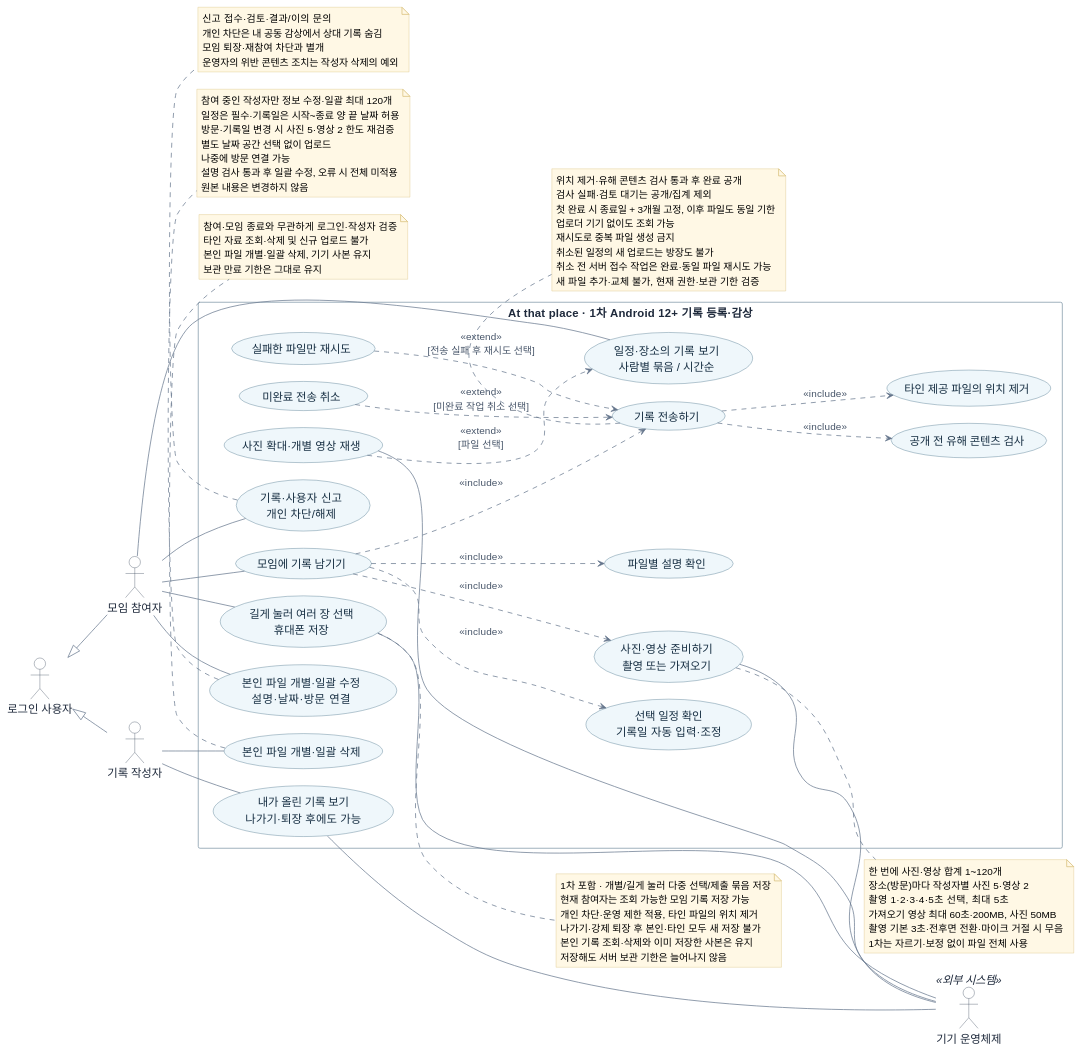
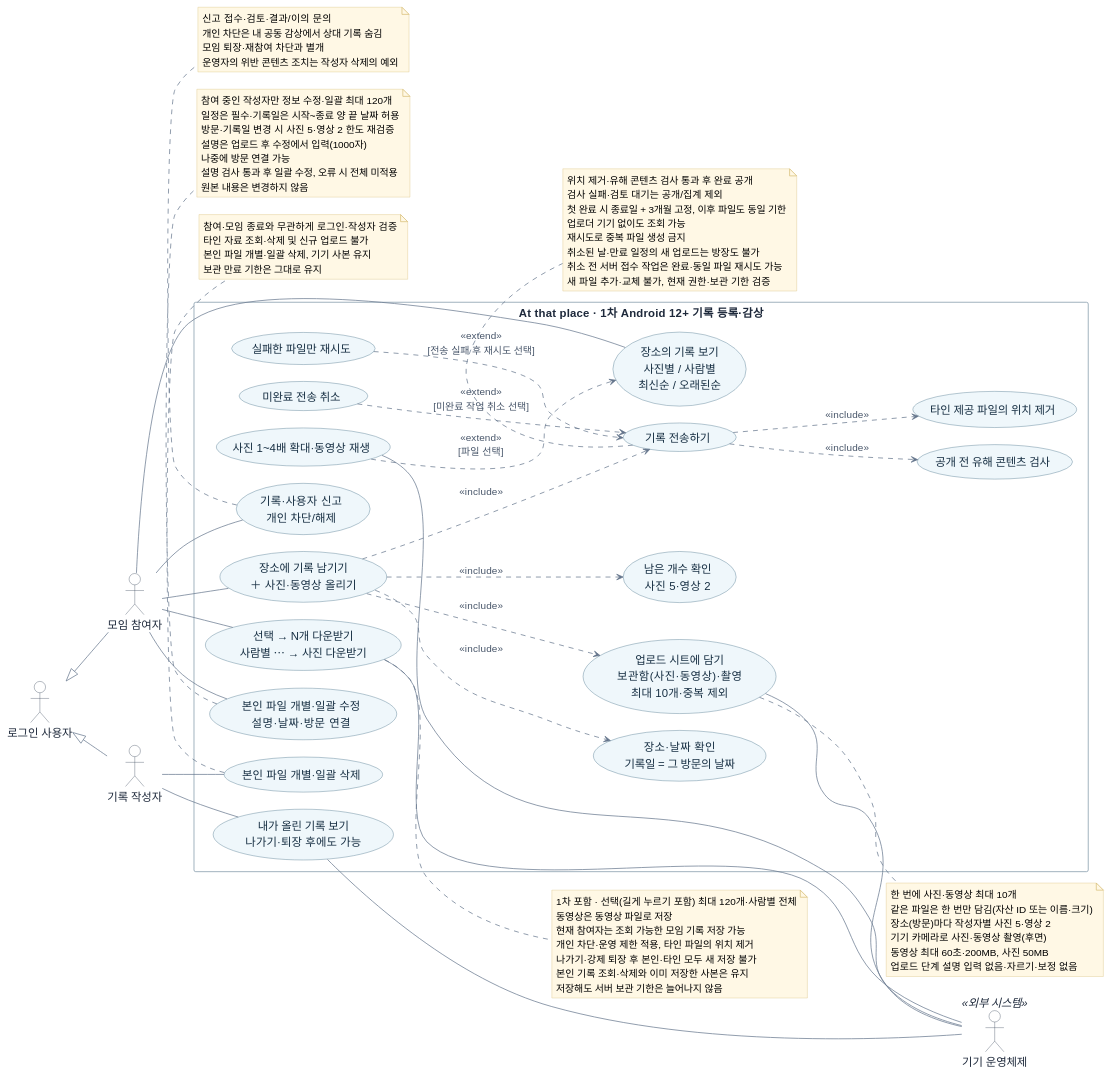
The diagram in 기능 명세서/다이어그램/recording.puml (eunssong2/reelspot), drawn with PlantUML before and after one commit. The commit also changed 138 other files, not shown here.

```diff
--- a/기능 명세서/다이어그램/recording.puml
+++ b/기능 명세서/다이어그램/recording.puml
@@ -1,126 +1,127 @@
 @startuml
 left to right direction
 skinparam backgroundColor white
 skinparam shadowing false
 skinparam defaultFontName "Noto Sans CJK KR"
 skinparam defaultFontSize 16
 skinparam ArrowColor #64748B
 skinparam ArrowFontColor #475569
 skinparam ArrowFontSize 14
 skinparam nodesep 24
 skinparam ranksep 48
 skinparam actor {
   BorderColor #334155
   FontColor #1E293B
   BackgroundColor white
 }
 skinparam usecase {
   BorderColor #35637C
   BackgroundColor #EFF7FB
   FontColor #172F43
 }
 skinparam rectangle {
   BorderColor #7A92A3
   BackgroundColor white
   FontColor #1E293B
 }
 skinparam note {
   BackgroundColor #FFF8E5
   BorderColor #D6BD75
   FontSize 14
 }
 
 actor "로그인 사용자" as User
 actor "모임 참여자" as Member
 actor "기록 작성자" as Author
 actor "기기 운영체제" as OS <<외부 시스템>>
 Member -up-|> User
 Author -up-|> User
 
 rectangle "At that place · 1차 Android 12+ 기록 등록·감상" {
-  usecase "모임에 기록 남기기" as Record
-  usecase "선택 일정 확인\n기록일 자동 입력·조정" as Target
-  usecase "사진·영상 준비하기\n촬영 또는 가져오기" as Prepare
-  usecase "파일별 설명 확인" as Describe
+  usecase "장소에 기록 남기기\n＋ 사진·동영상 올리기" as Record
+  usecase "장소·날짜 확인\n기록일 = 그 방문의 날짜" as Target
+  usecase "업로드 시트에 담기\n보관함(사진·동영상)·촬영\n최대 10개·중복 제외" as Prepare
+  usecase "남은 개수 확인\n사진 5·영상 2" as Describe
   usecase "기록 전송하기" as Send
   usecase "타인 제공 파일의 위치 제거" as Privacy
   usecase "공개 전 유해 콘텐츠 검사" as Filter
   usecase "기록·사용자 신고\n개인 차단/해제" as Safety
   usecase "실패한 파일만 재시도" as Retry
   usecase "미완료 전송 취소" as Cancel
-  usecase "일정·장소의 기록 보기\n사람별 묶음 / 시간순" as Browse
-  usecase "사진 확대·개별 영상 재생" as View
+  usecase "장소의 기록 보기\n사진별 / 사람별\n최신순 / 오래된순" as Browse
+  usecase "사진 1~4배 확대·동영상 재생" as View
   usecase "본인 파일 개별·일괄 수정\n설명·날짜·방문 연결" as Edit
-  usecase "길게 눌러 여러 장 선택\n휴대폰 저장" as Save
+  usecase "선택 → N개 다운받기\n사람별 ⋯ → 사진 다운받기" as Save
   usecase "본인 파일 개별·일괄 삭제" as Delete
   usecase "내가 올린 기록 보기\n나가기·퇴장 후에도 가능" as Mine
 }
 Member -- Save
 Save -- OS
 Member -- Record
 Member -- Browse
 Member -- Safety
 Member -- Edit
 Author -- Mine
 Author -- Delete
 Mine -- OS
 Record ..> Target : <<include>>
 Record ..> Prepare : <<include>>
 Record ..> Describe : <<include>>
 Record ..> Send : <<include>>
 Send ..> Privacy : <<include>>
 Send ..> Filter : <<include>>
 Retry ..> Send : <<extend>>\n[전송 실패 후 재시도 선택]
 Cancel ..> Send : <<extend>>\n[미완료 작업 취소 선택]
 View ..> Browse : <<extend>>\n[파일 선택]
 Prepare -- OS
 View -- OS
 
 note right of Prepare
-한 번에 사진·영상 합계 1~120개
+한 번에 사진·동영상 최대 10개
+같은 파일은 한 번만 담김(자산 ID 또는 이름·크기)
 장소(방문)마다 작성자별 사진 5·영상 2
-촬영 1·2·3·4·5초 선택, 최대 5초
-가져오기 영상 최대 60초·200MB, 사진 50MB
-촬영 기본 3초·전후면 전환·마이크 거절 시 무음
-1차는 자르기·보정 없이 파일 전체 사용
+기기 카메라로 사진·동영상 촬영(후면)
+동영상 최대 60초·200MB, 사진 50MB
+업로드 단계 설명 입력 없음·자르기·보정 없음
 end note
 note bottom of Send
 위치 제거·유해 콘텐츠 검사 통과 후 완료 공개
 검사 실패·검토 대기는 공개/집계 제외
 첫 완료 시 종료일 + 3개월 고정, 이후 파일도 동일 기한
 업로더 기기 없이도 조회 가능
 재시도로 중복 파일 생성 금지
-취소된 일정의 새 업로드는 방장도 불가
+취소된 날·만료 일정의 새 업로드는 방장도 불가
 취소 전 서버 접수 작업은 완료·동일 파일 재시도 가능
 새 파일 추가·교체 불가, 현재 권한·보관 기한 검증
 end note
 note bottom of Delete
 참여·모임 종료와 무관하게 로그인·작성자 검증
 타인 자료 조회·삭제 및 신규 업로드 불가
 본인 파일 개별·일괄 삭제, 기기 사본 유지
 보관 만료 기한은 그대로 유지
 end note
 note bottom of Edit
 참여 중인 작성자만 정보 수정·일괄 최대 120개
 일정은 필수·기록일은 시작~종료 양 끝 날짜 허용
 방문·기록일 변경 시 사진 5·영상 2 한도 재검증
-별도 날짜 공간 선택 없이 업로드
+설명은 업로드 후 수정에서 입력(1000자)
 나중에 방문 연결 가능
 설명 검사 통과 후 일괄 수정, 오류 시 전체 미적용
 원본 내용은 변경하지 않음
 end note
 note right of Save
-1차 포함 · 개별/길게 눌러 다중 선택/제출 묶음 저장
+1차 포함 · 선택(길게 누르기 포함) 최대 120개·사람별 전체
+동영상은 동영상 파일로 저장
 현재 참여자는 조회 가능한 모임 기록 저장 가능
 개인 차단·운영 제한 적용, 타인 파일의 위치 제거
 나가기·강제 퇴장 후 본인·타인 모두 새 저장 불가
 본인 기록 조회·삭제와 이미 저장한 사본은 유지
 저장해도 서버 보관 기한은 늘어나지 않음
 end note
 note bottom of Safety
 신고 접수·검토·결과/이의 문의
 개인 차단은 내 공동 감상에서 상대 기록 숨김
 모임 퇴장·재참여 차단과 별개
 운영자의 위반 콘텐츠 조치는 작성자 삭제의 예외
 end note
 @enduml
```
